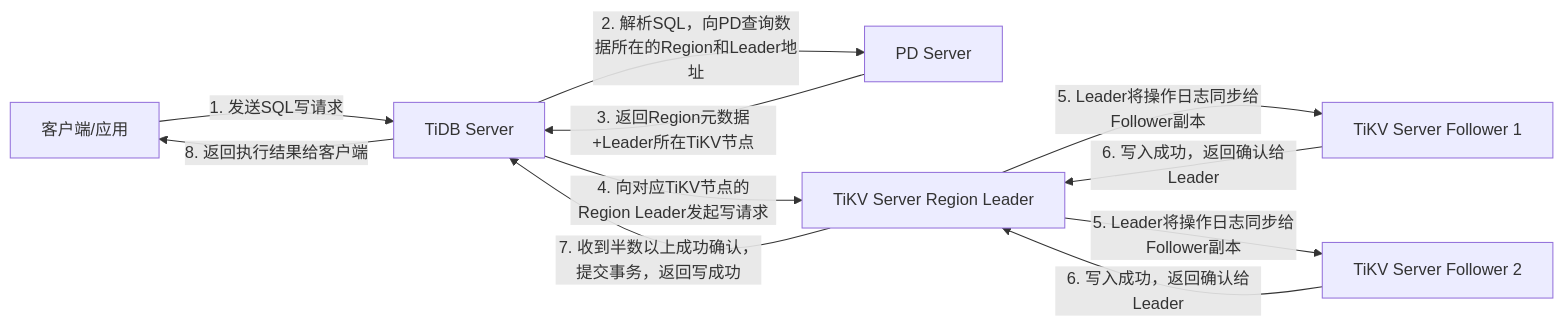
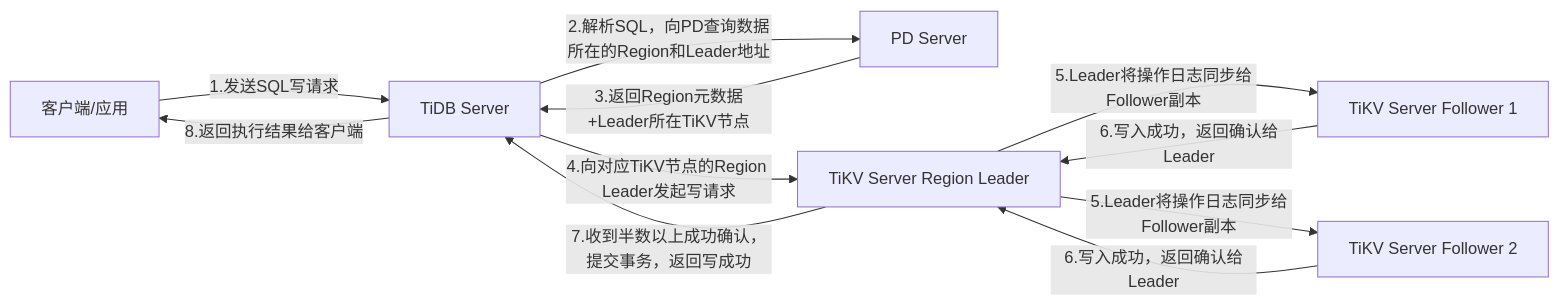
One commit to JW-Yin/my-learning-codes changed the third of 3 diagrams in backend/database/tidb/运行原理.md. Above: the diagram before and after it, drawn with Mermaid. The commit also changed other lines of this file and 1 other file, not shown here.

````diff
--- a/backend/database/tidb/运行原理.md
+++ b/backend/database/tidb/运行原理.md
@@ -147,13 +147,13 @@
 ```mermaid
 graph LR
-    A[客户端/应用] -->|1. 发送SQL写请求| B[TiDB Server]
-    B -->|2. 解析SQL，向PD查询数据所在的Region和Leader地址| C[PD Server]
-    C -->|3. 返回Region元数据+Leader所在TiKV节点| B
-    B -->|4. 向对应TiKV节点的Region Leader发起写请求| D[TiKV Server Region Leader]
-    D -->|5. Leader将操作日志同步给Follower副本| E[TiKV Server Follower 1]
-    D -->|5. Leader将操作日志同步给Follower副本| F[TiKV Server Follower 2]
-    E -->|6. 写入成功，返回确认给Leader| D
-    F -->|6. 写入成功，返回确认给Leader| D
-    D -->|7. 收到半数以上成功确认，提交事务，返回写成功| B
-    B -->|8. 返回执行结果给客户端| A
+    A[客户端/应用] -->|1.发送SQL写请求| B[TiDB Server]
+    B -->|2.解析SQL，向PD查询数据所在的Region和Leader地址| C[PD Server]
+    C -->|3.返回Region元数据+Leader所在TiKV节点| B
+    B -->|4.向对应TiKV节点的Region Leader发起写请求| D[TiKV Server Region Leader]
+    D -->|5.Leader将操作日志同步给Follower副本| E[TiKV Server Follower 1]
+    D -->|5.Leader将操作日志同步给Follower副本| F[TiKV Server Follower 2]
+    E -->|6.写入成功，返回确认给Leader| D
+    F -->|6.写入成功，返回确认给Leader| D
+    D -->|7.收到半数以上成功确认，提交事务，返回写成功| B
+    B -->|8.返回执行结果给客户端| A
 ```
````
